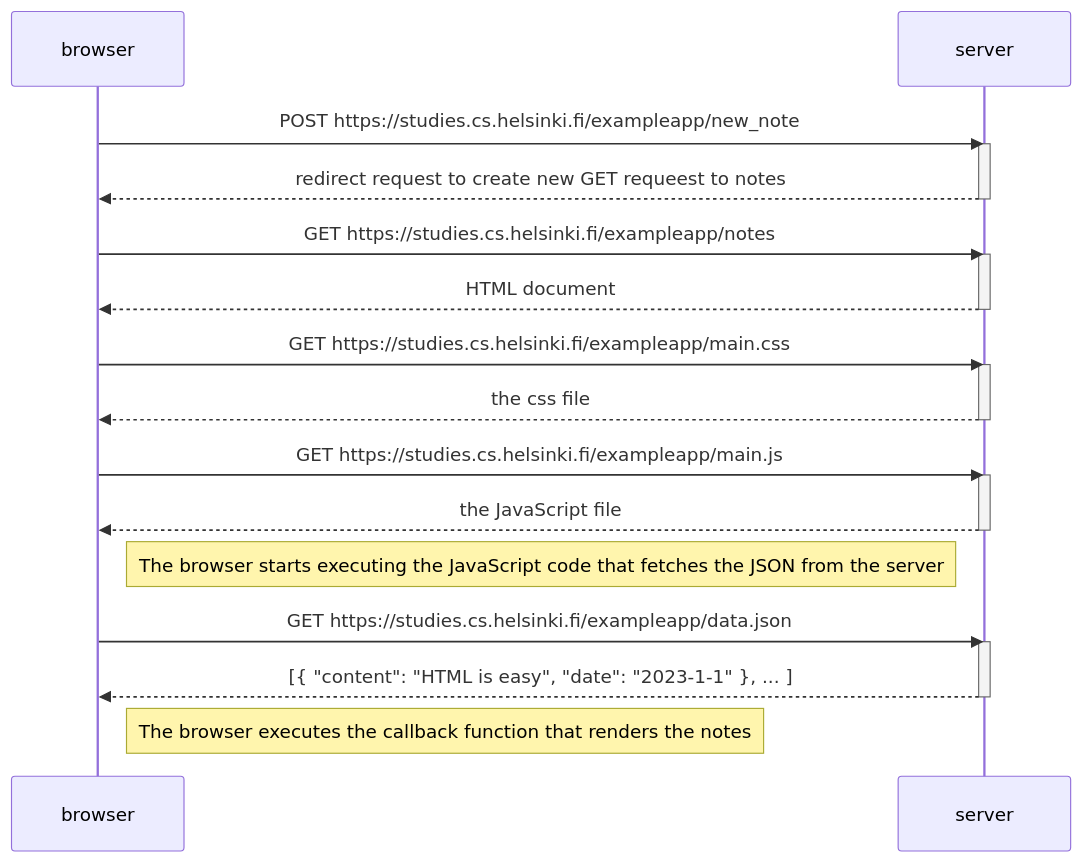
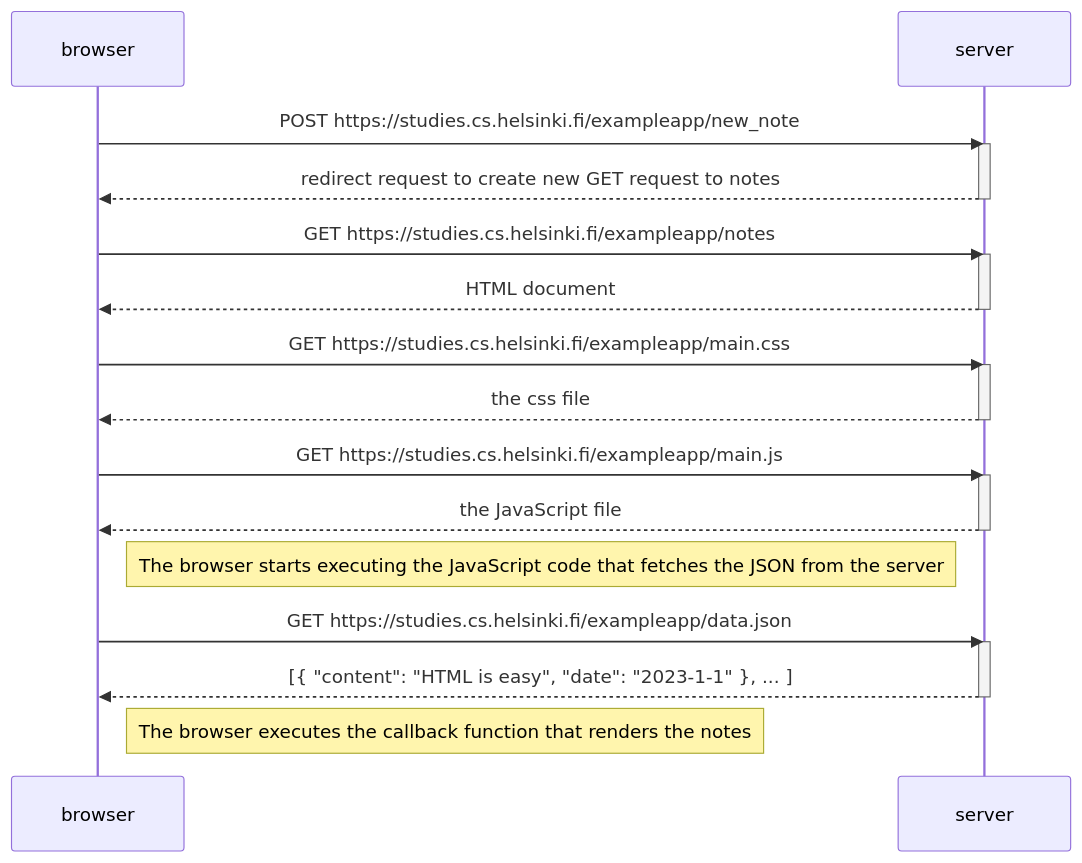
One commit to eliastakala/Fullstack-2023 changed the diagram in part0/newnote.md. Above: the diagram before and after it, drawn with Mermaid.

````diff
--- a/part0/newnote.md
+++ b/part0/newnote.md
@@ -1,34 +1,34 @@
 ```mermaid
 sequenceDiagram
     participant browser
     participant server
     
     browser->>server: POST https://studies.cs.helsinki.fi/exampleapp/new_note
     activate server
-    server-->>browser: redirect request to create new GET requeest to notes
+    server-->>browser: redirect request to create new GET request to notes
     deactivate server
     
     browser->>server: GET https://studies.cs.helsinki.fi/exampleapp/notes
     activate server
     server-->>browser: HTML document
     deactivate server
     
     browser->>server: GET https://studies.cs.helsinki.fi/exampleapp/main.css
     activate server
     server-->>browser: the css file
     deactivate server
     
     browser->>server: GET https://studies.cs.helsinki.fi/exampleapp/main.js
     activate server
     server-->>browser: the JavaScript file
     deactivate server
-    
+
     Note right of browser: The browser starts executing the JavaScript code that fetches the JSON from the server
     
     browser->>server: GET https://studies.cs.helsinki.fi/exampleapp/data.json
     activate server
     server-->>browser: [{ "content": "HTML is easy", "date": "2023-1-1" }, ... ]
     deactivate server    
 
     Note right of browser: The browser executes the callback function that renders the notes 
 ```
````
